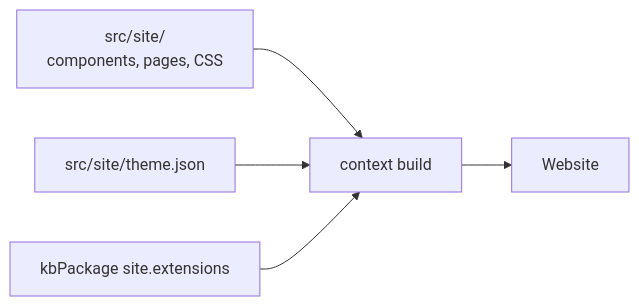
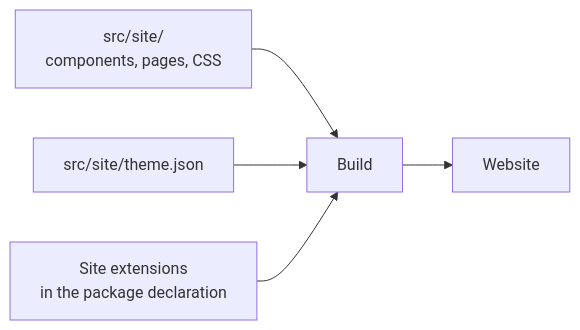
The diagram in knowledge/sop/outputs-and-sites/page-and-theme-customization.md (context4ai/portal), drawn with Mermaid before and after one commit. The commit also changed other lines of this file and 129 other files, not shown here.

````diff
--- a/knowledge/sop/outputs-and-sites/page-and-theme-customization.md
+++ b/knowledge/sop/outputs-and-sites/page-and-theme-customization.md
@@ -13,7 +18,7 @@
 ```mermaid
 flowchart LR
-  ext["src/site/<br/>components, pages, CSS"] --> build["context build"]
+  ext["src/site/<br/>components, pages, CSS"] --> build["Build"]
   theme["src/site/theme.json"] --> build
-  cfg["kbPackage site.extensions"] --> build
+  cfg["Site extensions<br/>in the package declaration"] --> build
   build --> site["Website"]
 ```
````
